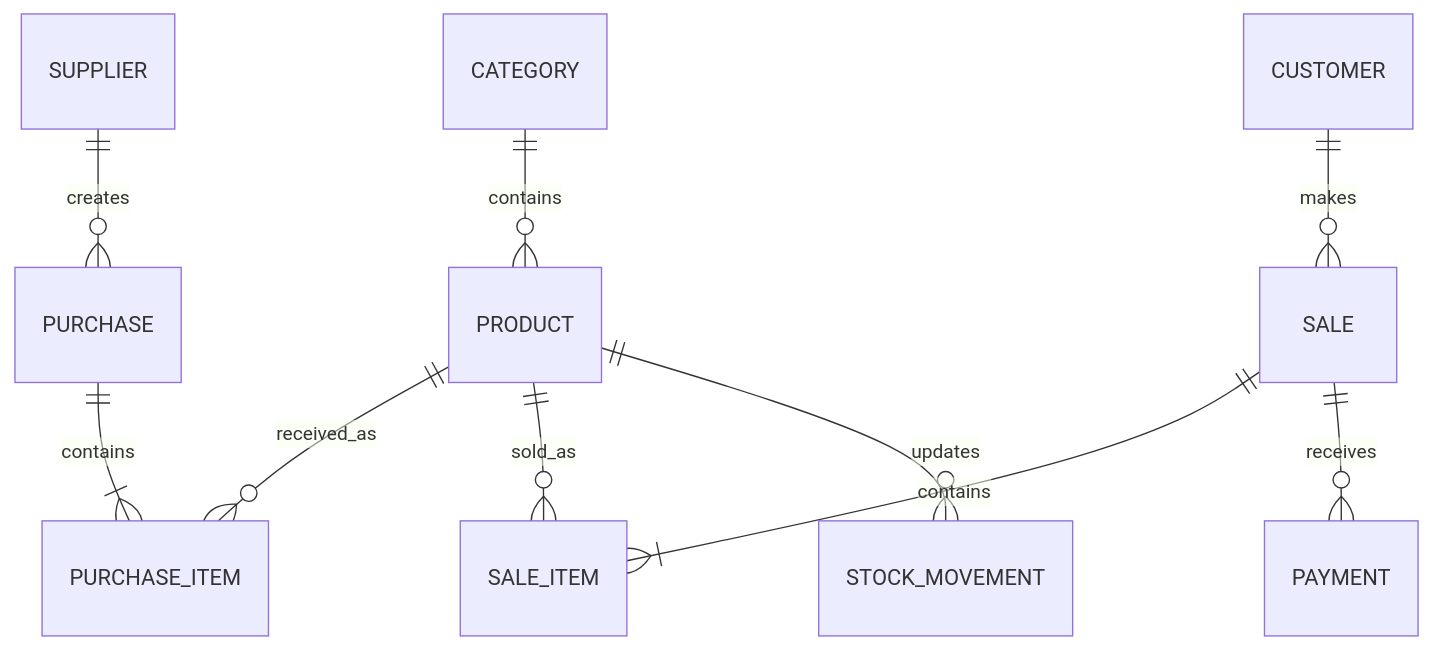
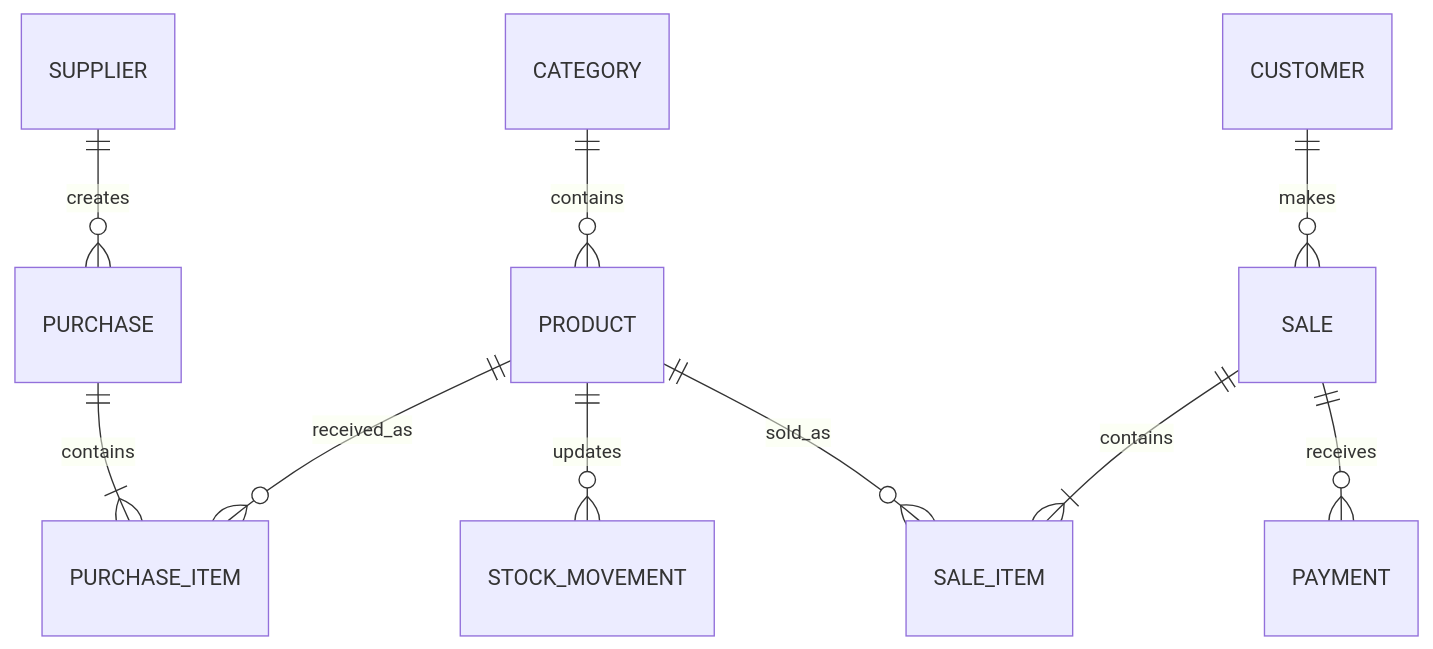
Before and after one commit to Emeka-EnergyData/business-pulse: the diagram in docs/03_database_design.md, drawn with Mermaid. The commit also changed other lines of this file and 39 other files, not shown here.

````diff
--- a/docs/03_database_design.md
+++ b/docs/03_database_design.md
@@ -110,21 +110,23 @@
 ```mermaid
 erDiagram
 
 CATEGORY ||--o{ PRODUCT : contains
 
 SUPPLIER ||--o{ PURCHASE : creates
 
 PURCHASE ||--|{ PURCHASE_ITEM : contains
 
 PRODUCT ||--o{ PURCHASE_ITEM : received_as
 
 CUSTOMER ||--o{ SALE : makes
 
+PRODUCT ||--o{ STOCK_MOVEMENT : updates
+
 SALE ||--|{ SALE_ITEM : contains
 
 PRODUCT ||--o{ SALE_ITEM : sold_as
 
 SALE ||--o{ PAYMENT : receives
 
-PRODUCT ||--o{ STOCK_MOVEMENT : updates
+
 ```
````
